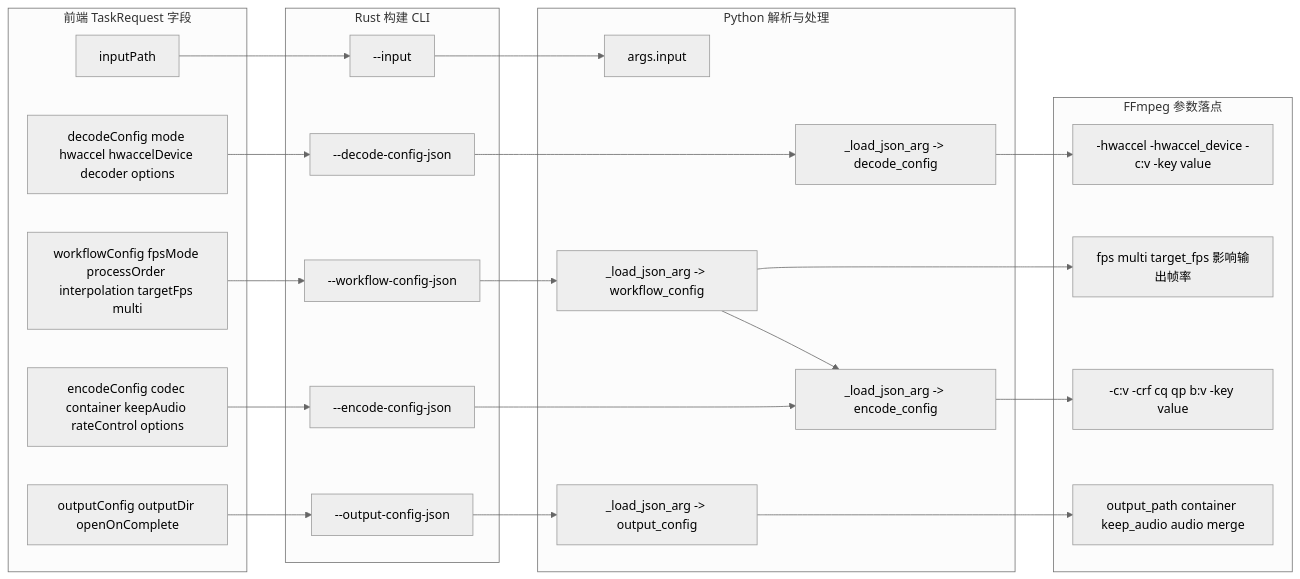
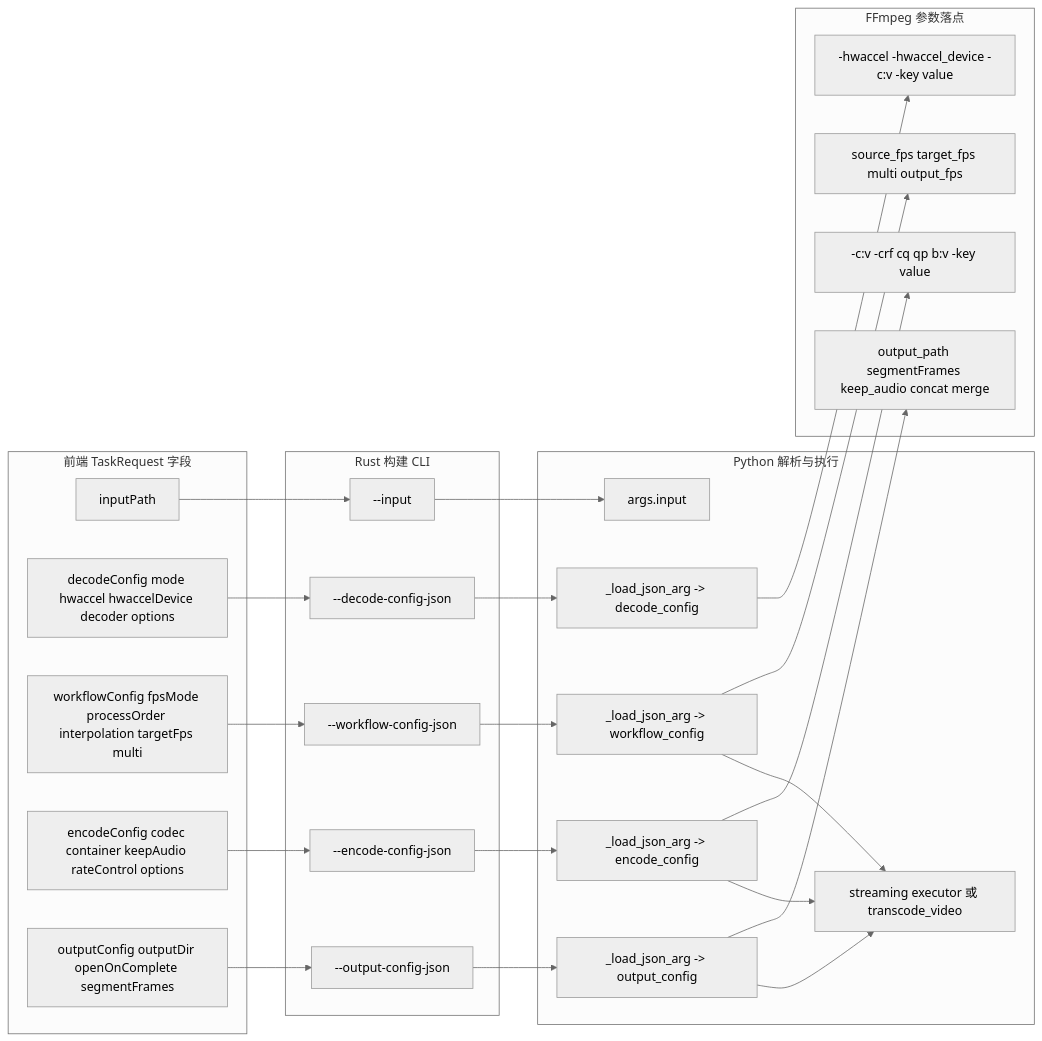
Before and after one commit to youge325/vp: the diagram in docs/field-level-mapping.md, drawn with Mermaid (neutral theme). The commit also changed other lines of this file and 22 other files, not shown here.

````diff
--- a/docs/field-level-mapping.md
+++ b/docs/field-level-mapping.md
@@ -5,41 +5,44 @@
 ```mermaid
 graph LR
   subgraph FE[前端 TaskRequest 字段]
     FEInput[inputPath]
     FEDecode[decodeConfig mode hwaccel hwaccelDevice decoder options]
     FEWorkflow[workflowConfig fpsMode processOrder interpolation targetFps multi]
     FEEncode[encodeConfig codec container keepAudio rateControl options]
-    FEOutput[outputConfig outputDir openOnComplete]
+    FEOutput[outputConfig outputDir openOnComplete segmentFrames]
   end
 
   subgraph RS[Rust 构建 CLI]
     RSIn[--input]
     RSD[--decode-config-json]
     RSW[--workflow-config-json]
     RSE[--encode-config-json]
     RSO[--output-config-json]
   end
 
-  subgraph PY[Python 解析与处理]
+  subgraph PY[Python 解析与执行]
     PYIn[args.input]
     PYD[_load_json_arg -> decode_config]
     PYW[_load_json_arg -> workflow_config]
     PYE[_load_json_arg -> encode_config]
     PYO[_load_json_arg -> output_config]
+    PYExec[streaming executor 或 transcode_video]
   end
 
   subgraph FF[FFmpeg 参数落点]
     FFD[-hwaccel -hwaccel_device -c:v -key value]
-    FFW[fps multi target_fps 影响输出帧率]
+    FFW[source_fps target_fps multi output_fps]
     FFE[-c:v -crf cq qp b:v -key value]
-    FFO[output_path container keep_audio audio merge]
+    FFO[output_path segmentFrames keep_audio concat merge]
   end
 
   FEInput --> RSIn --> PYIn
   FEDecode --> RSD --> PYD --> FFD
   FEWorkflow --> RSW --> PYW --> FFW
   FEEncode --> RSE --> PYE --> FFE
   FEOutput --> RSO --> PYO --> FFO
 
-  PYW --> PYE
+  PYW --> PYExec
+  PYE --> PYExec
+  PYO --> PYExec
 ```
````
